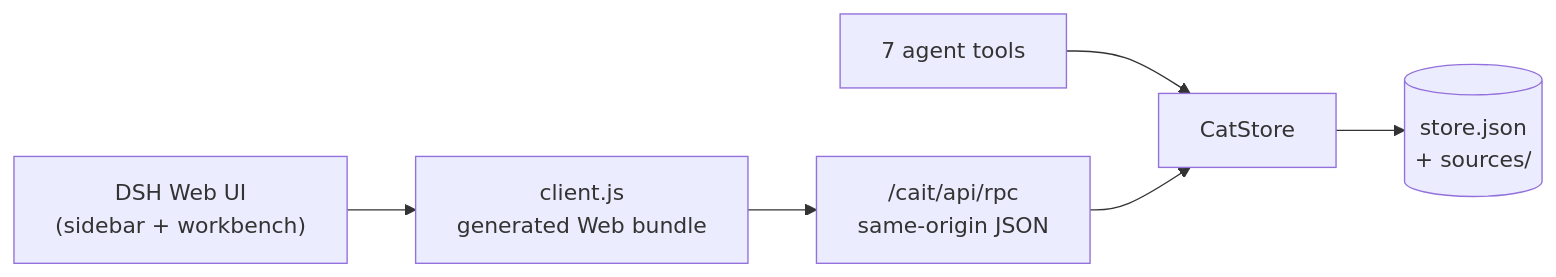
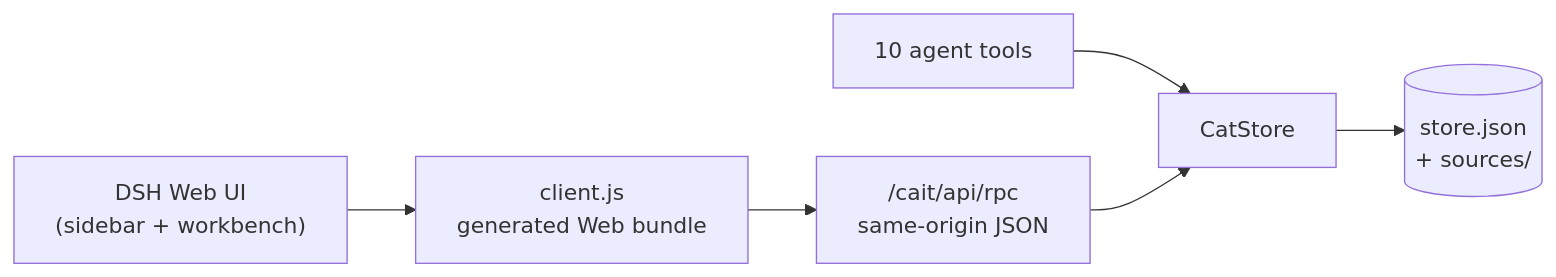
Before and after one commit to JoviLecca/dsh-CAIT: the diagram in README.md, drawn with Mermaid. The commit also changed other lines of this file and 22 other files, not shown here.

````diff
--- a/README.md
+++ b/README.md
@@ -325,8 +345,8 @@
 ```mermaid
 flowchart LR
   UI["DSH Web UI<br/>(sidebar + workbench)"] --> Client["client.js<br/>generated Web bundle"]
   Client --> API["/cait/api/rpc<br/>same-origin JSON"]
-  Tools["7 agent tools"] --> Store["CatStore"]
+  Tools["10 agent tools"] --> Store["CatStore"]
   API --> Store
   Store --> Snapshot[("store.json<br/>+ sources/")]
 ```
````
